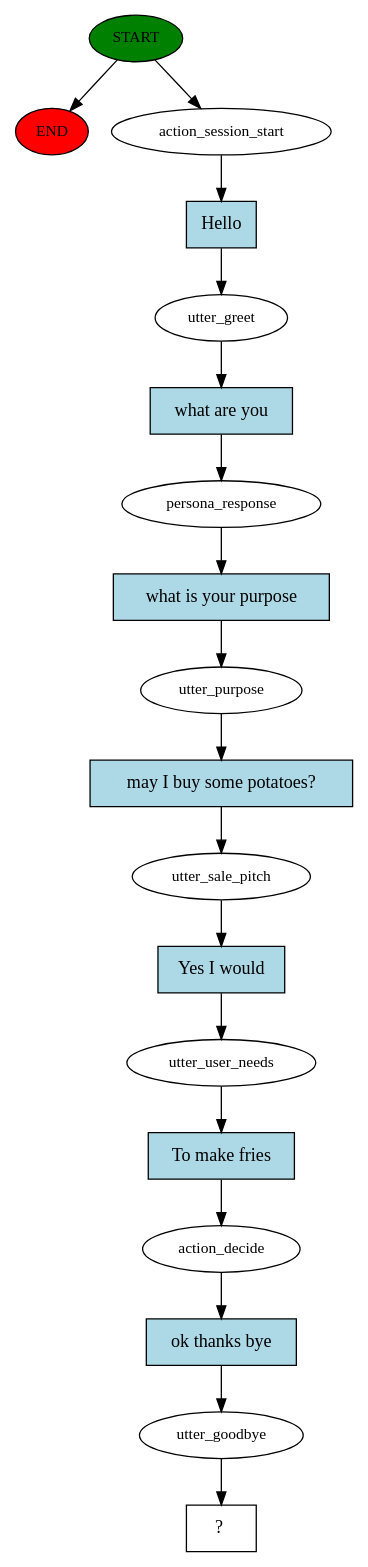
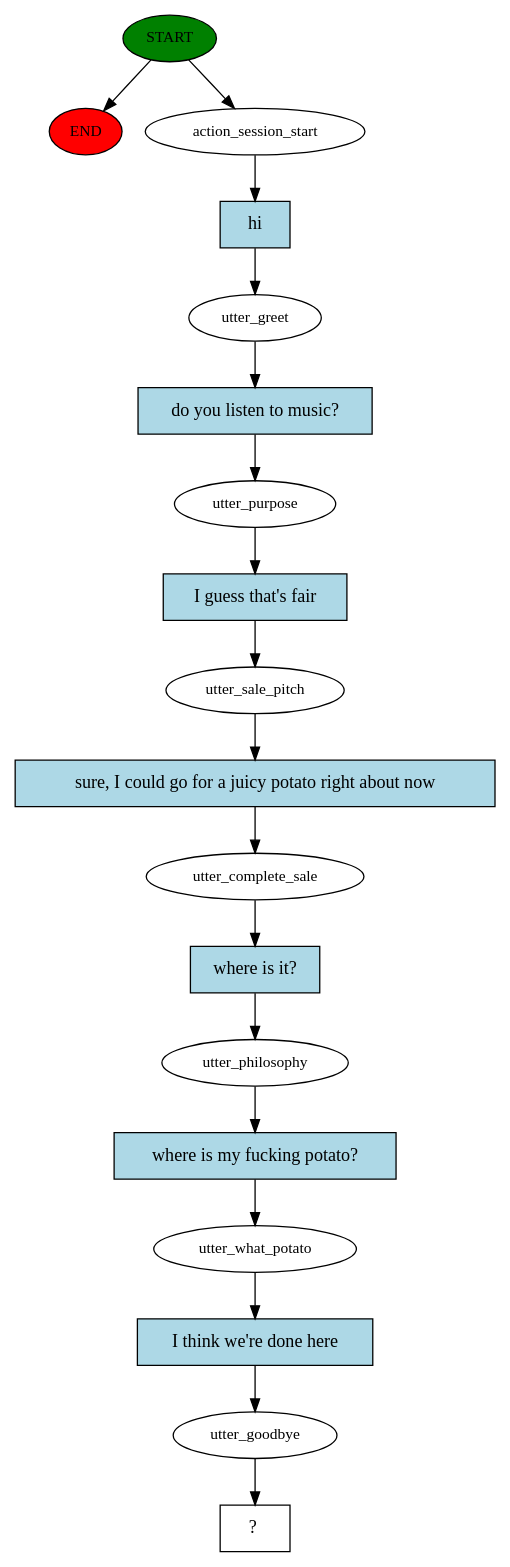
The diagram in rasa/story_graph.dot (KazeShikaru/ChatBot), drawn with Graphviz before and after one commit. The commit also changed 5 other files, not shown here.

```diff
--- a/rasa/story_graph.dot
+++ b/rasa/story_graph.dot
@@ -1,37 +1,37 @@
 digraph  {
 0 [class="start active", fillcolor=green, fontsize=12, label=START, style=filled];
 "-1" [class=end, fillcolor=red, fontsize=12, label=END, style=filled];
 1 [class=active, fontsize=12, label=action_session_start];
 2 [class=active, fontsize=12, label=utter_greet];
-3 [class=active, fontsize=12, label=persona_response];
-4 [class=active, fontsize=12, label=utter_purpose];
-5 [class=active, fontsize=12, label=utter_sale_pitch];
-6 [class=active, fontsize=12, label=utter_user_needs];
-7 [class=active, fontsize=12, label=action_decide];
+3 [class=active, fontsize=12, label=utter_purpose];
+4 [class=active, fontsize=12, label=utter_sale_pitch];
+5 [class=active, fontsize=12, label=utter_complete_sale];
+6 [class=active, fontsize=12, label=utter_philosophy];
+7 [class=active, fontsize=12, label=utter_what_potato];
 8 [class=active, fontsize=12, label=utter_goodbye];
 9 [class="intent dashed active", label="  ?  ", shape=rect];
-10 [class="intent active", fillcolor=lightblue, label=Hello, shape=rect, style=filled];
-11 [class="intent active", fillcolor=lightblue, label="what are you", shape=rect, style=filled];
-12 [class="intent active", fillcolor=lightblue, label="what is your purpose", shape=rect, style=filled];
-13 [class="intent active", fillcolor=lightblue, label="may I buy some potatoes?", shape=rect, style=filled];
-14 [class="intent active", fillcolor=lightblue, label="Yes I would", shape=rect, style=filled];
-15 [class="intent active", fillcolor=lightblue, label="To make fries", shape=rect, style=filled];
-16 [class="intent active", fillcolor=lightblue, label="ok thanks bye", shape=rect, style=filled];
+10 [class="intent active", fillcolor=lightblue, label=hi, shape=rect, style=filled];
+11 [class="intent active", fillcolor=lightblue, label="do you listen to music?", shape=rect, style=filled];
+12 [class="intent active", fillcolor=lightblue, label="I guess that's fair", shape=rect, style=filled];
+13 [class="intent active", fillcolor=lightblue, label="sure, I could go for a juicy potato right about now", shape=rect, style=filled];
+14 [class="intent active", fillcolor=lightblue, label="where is it?", shape=rect, style=filled];
+15 [class="intent active", fillcolor=lightblue, label="where is my fucking potato?", shape=rect, style=filled];
+16 [class="intent active", fillcolor=lightblue, label="I think we're done here", shape=rect, style=filled];
 0 -> "-1"  [class="", key=NONE, label=""];
 0 -> 1  [class=active, key=NONE, label=""];
 1 -> 10  [class=active, key=0];
 2 -> 11  [class=active, key=0];
 3 -> 12  [class=active, key=0];
 4 -> 13  [class=active, key=0];
 5 -> 14  [class=active, key=0];
 6 -> 15  [class=active, key=0];
 7 -> 16  [class=active, key=0];
 8 -> 9  [class=active, key=NONE, label=""];
 10 -> 2  [class=active, key=0];
 11 -> 3  [class=active, key=0];
 12 -> 4  [class=active, key=0];
 13 -> 5  [class=active, key=0];
 14 -> 6  [class=active, key=0];
 15 -> 7  [class=active, key=0];
 16 -> 8  [class=active, key=0];
 }
```
